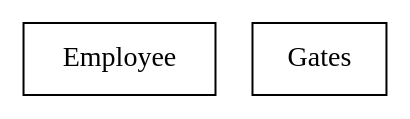
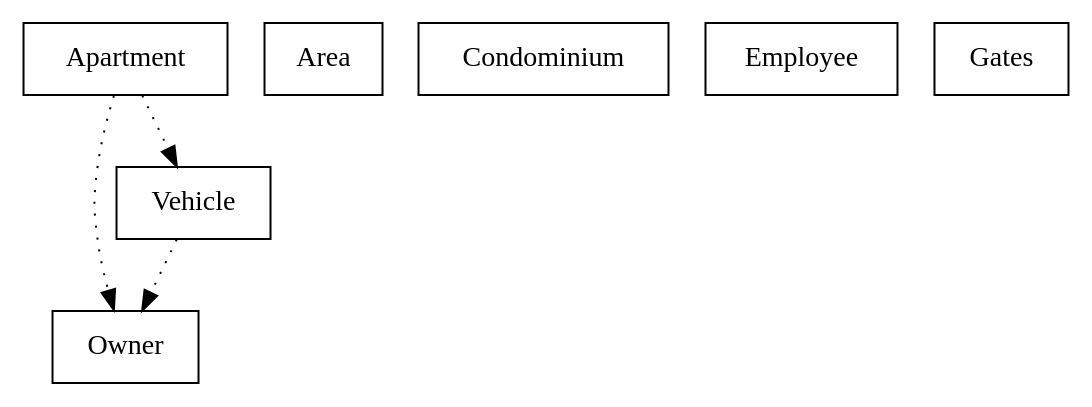
The diagram in bdp/condominio.dot (pablobedoya/condo), drawn with Graphviz before and after one commit. The commit also changed 14 other files, not shown here.

```diff
--- a/bdp/condominio.dot
+++ b/bdp/condominio.dot
@@ -1,5 +1,13 @@
 digraph {
+Apartment [ label=" Apartment " shape= box ]
+Area [ label=" Area " shape= box ]
+Condominium [ label=" Condominium " shape= box ]
 Employee [ label=" Employee " shape= box ]
 Gates [ label=" Gates " shape= box ]
+Owner [ label=" Owner " shape= box ]
+Vehicle [ label=" Vehicle " shape= box ]
 
+"Apartment" -> "Owner" [style= dotted ]
+"Apartment" -> "Vehicle" [style= dotted ]
+"Vehicle" -> "Owner" [style= dotted ]
 }
```
